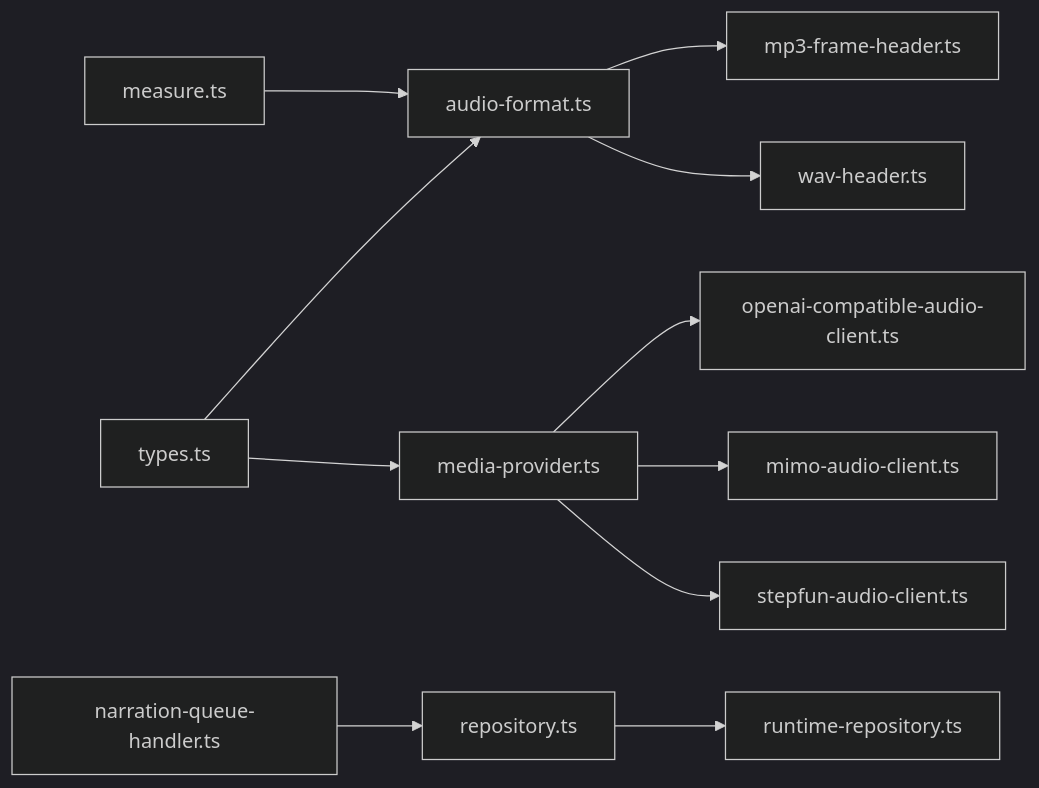
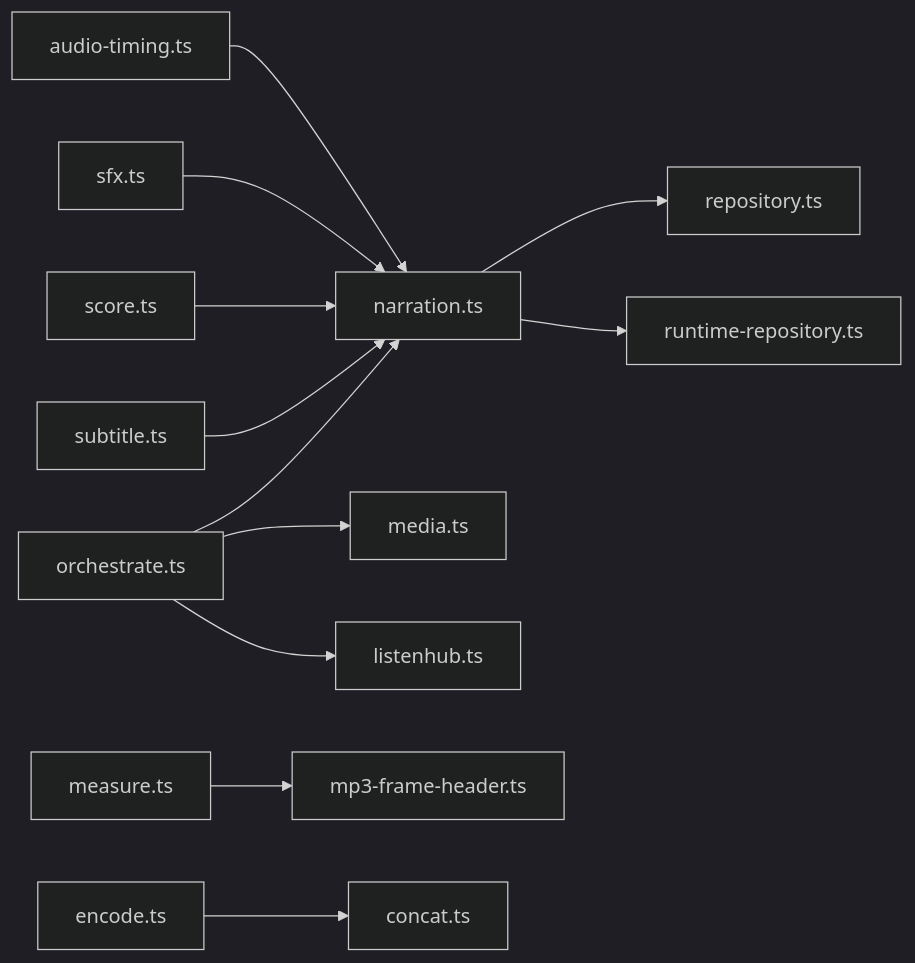
One commit to scottcwy/PurpleInk changed the ninth of 9 diagrams in .qoder/repowiki/zh/content/音频处理/音频处理.md. Above: the diagram before and after it, drawn with Mermaid (dark theme). The commit also changed other lines of this file and 872 other files, not shown here.

````diff
--- a/.qoder/repowiki/zh/content/音频处理/音频处理.md
+++ b/.qoder/repowiki/zh/content/音频处理/音频处理.md
@@ -460,13 +443,14 @@
 ```mermaid
 graph LR
-Types["types.ts"] --> AudioFormat["audio-format.ts"]
-Types --> MediaProvider["media-provider.ts"]
-AudioFormat --> MP3Header["mp3-frame-header.ts"]
-AudioFormat --> WAVHeader["wav-header.ts"]
-MediaProvider --> OAI["openai-compatible-audio-client.ts"]
-MediaProvider --> MIMO["mimo-audio-client.ts"]
-MediaProvider --> STEP["stepfun-audio-client.ts"]
-Measure["measure.ts"] --> AudioFormat
-Repo["repository.ts"] --> RuntimeRepo["runtime-repository.ts"]
-NQH["narration-queue-handler.ts"] --> Repo
+ORCH["orchestrate.ts"] --> NARR["narration.ts"]
+ORCH --> MEDIA["media.ts"]
+ORCH --> LISTEN["listenhub.ts"]
+NARR --> REPO["repository.ts"]
+NARR --> RREPO["runtime-repository.ts"]
+SUB["subtitle.ts"] --> NARR
+SCORE["score.ts"] --> NARR
+SFX["sfx.ts"] --> NARR
+MEAS["measure.ts"] --> MP3["mp3-frame-header.ts"]
+TIMING["audio-timing.ts"] --> NARR
+ENCODE["encode.ts"] --> CONCAT["concat.ts"]
 ```
````
